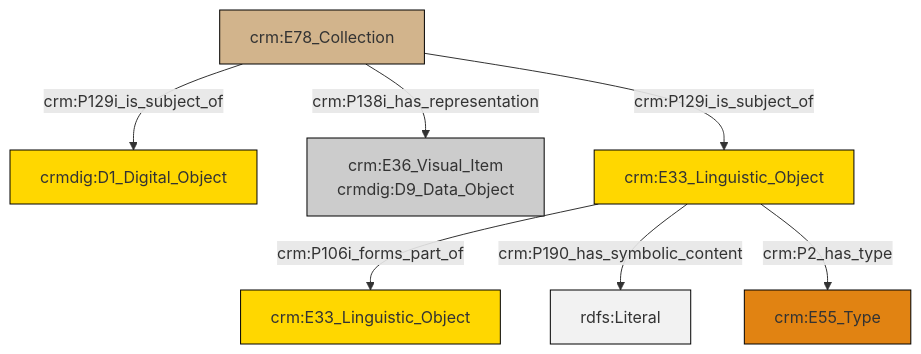
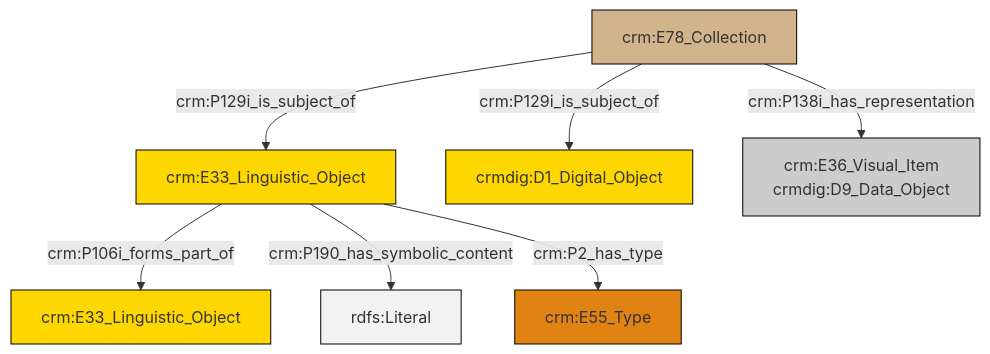
Before and after one commit to swiss-art-research-net/docs.swissartresearch: the diagram in et/archivalCSV/ttl/mmd/archival_docs.ttl.mmd, drawn with Mermaid. The commit also changed 176 other files, not shown here.

```diff
--- a/et/archivalCSV/ttl/mmd/archival_docs.ttl.mmd
+++ b/et/archivalCSV/ttl/mmd/archival_docs.ttl.mmd
@@ -1,21 +1,21 @@
 graph TD
 classDef Literal fill:#f2f2f2,stroke:#000000;
 classDef CRM_Entity fill:#FFFFFF,stroke:#000000;
 classDef Temporal_Entity fill:#00C9E6, stroke:#000000;
 classDef Type fill:#E18312, stroke:#000000;
 classDef Time-Span fill:#2C9C91, stroke:#000000;
 classDef Appellation fill:#FFEB7F, stroke:#000000;
 classDef Place fill:#008836, stroke:#000000;
 classDef Persistent_Item fill:#B266B2, stroke:#000000;
 classDef Conceptual_Object fill:#FFD700, stroke:#000000;
 classDef Physical_Thing fill:#D2B48C, stroke:#000000;
 classDef Actor fill:#f58aad, stroke:#000000;
 classDef PC_Classes fill:#4ce600, stroke:#000000;
 classDef Multi fill:#cccccc,stroke:#000000;
 
-0["crm:E78_Collection"]:::Physical_Thing -->|crm:P129i_is_subject_of| 2["crmdig:D1_Digital_Object"]:::Conceptual_Object
-0["crm:E78_Collection"]:::Physical_Thing -->|crm:P129i_is_subject_of| 7["crm:E33_Linguistic_Object"]:::Conceptual_Object
-0["crm:E78_Collection"]:::Physical_Thing -->|crm:P138i_has_representation| 5["crm:E36_Visual_Item<br>crmdig:D9_Data_Object"]:::Multi
-7["crm:E33_Linguistic_Object"]:::Conceptual_Object -->|crm:P106i_forms_part_of| 10["crm:E33_Linguistic_Object"]:::Conceptual_Object
-7["crm:E33_Linguistic_Object"]:::Conceptual_Object -->|crm:P190_has_symbolic_content| 13[rdfs:Literal]:::Literal
-7["crm:E33_Linguistic_Object"]:::Conceptual_Object -->|crm:P2_has_type| 3["crm:E55_Type"]:::Type
+0["crm:E33_Linguistic_Object"]:::Conceptual_Object -->|crm:P106i_forms_part_of| 1["crm:E33_Linguistic_Object"]:::Conceptual_Object
+5["crm:E78_Collection"]:::Physical_Thing -->|crm:P129i_is_subject_of| 0["crm:E33_Linguistic_Object"]:::Conceptual_Object
+5["crm:E78_Collection"]:::Physical_Thing -->|crm:P129i_is_subject_of| 2["crmdig:D1_Digital_Object"]:::Conceptual_Object
+5["crm:E78_Collection"]:::Physical_Thing -->|crm:P138i_has_representation| 8["crm:E36_Visual_Item<br>crmdig:D9_Data_Object"]:::Multi
+0["crm:E33_Linguistic_Object"]:::Conceptual_Object -->|crm:P190_has_symbolic_content| 12[rdfs:Literal]:::Literal
+0["crm:E33_Linguistic_Object"]:::Conceptual_Object -->|crm:P2_has_type| 6["crm:E55_Type"]:::Type
```
